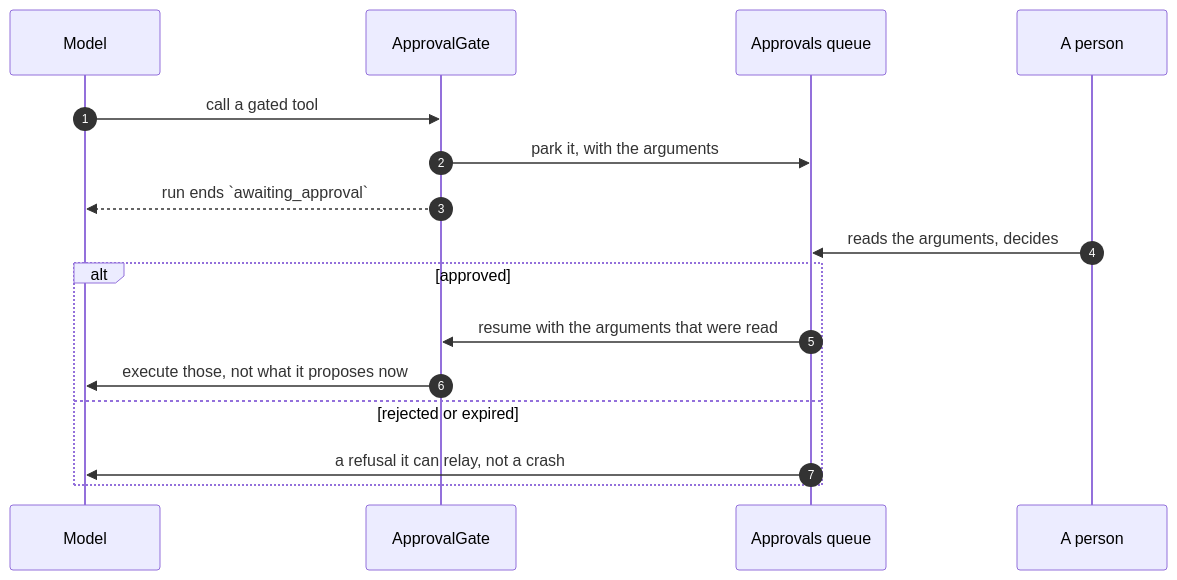
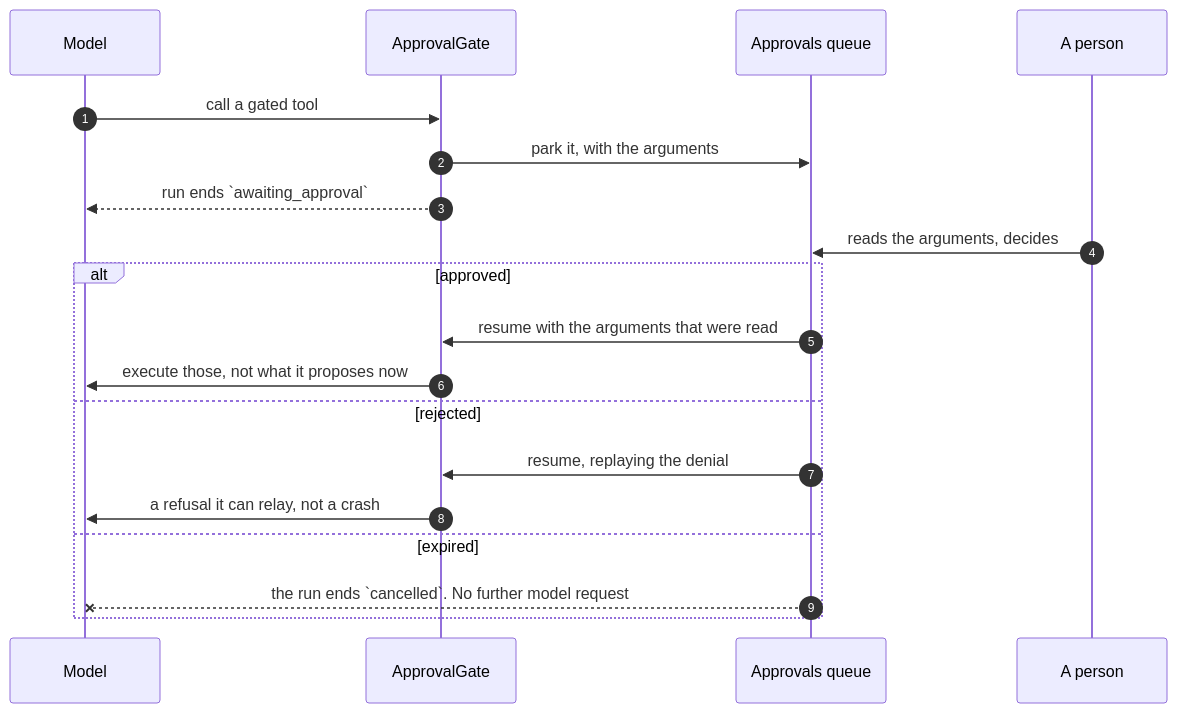
Before and after one commit to vstorm-co/agenticos: the diagram in docs/governance.md, drawn with Mermaid. The commit also changed 3 other files, not shown here.

````diff
--- a/docs/governance.md
+++ b/docs/governance.md
@@ -782,18 +782,21 @@
 ```mermaid
 sequenceDiagram
     autonumber
     participant M as Model
     participant G as ApprovalGate
     participant Q as Approvals queue
     participant P as A person
     M->>G: call a gated tool
     G->>Q: park it, with the arguments
     G-->>M: run ends `awaiting_approval`
     P->>Q: reads the arguments, decides
     alt approved
         Q->>G: resume with the arguments that were read
         G->>M: execute those, not what it proposes now
-    else rejected or expired
-        Q->>M: a refusal it can relay, not a crash
+    else rejected
+        Q->>G: resume, replaying the denial
+        G->>M: a refusal it can relay, not a crash
+    else expired
+        Q--xM: the run ends `cancelled`. No further model request
     end
 ```
````
